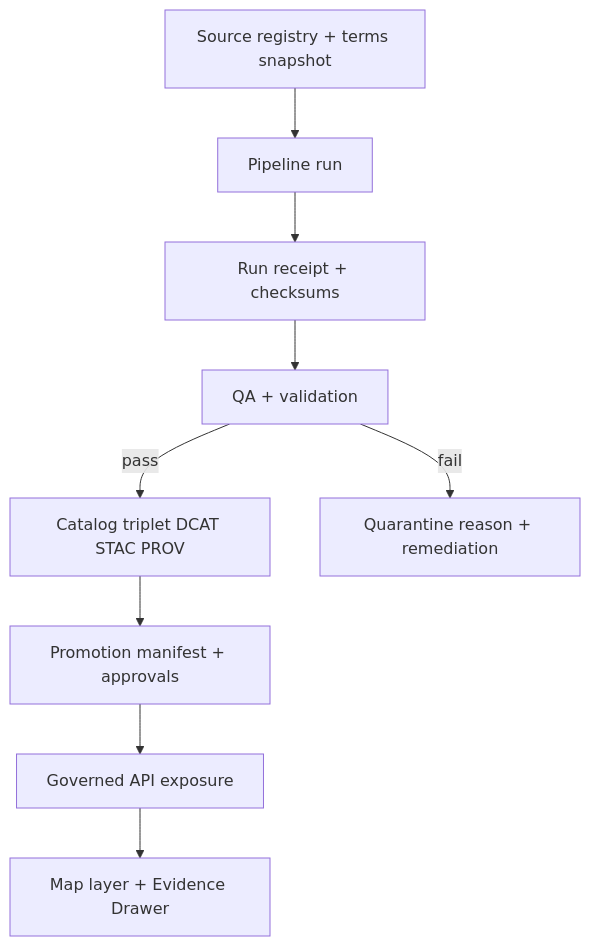
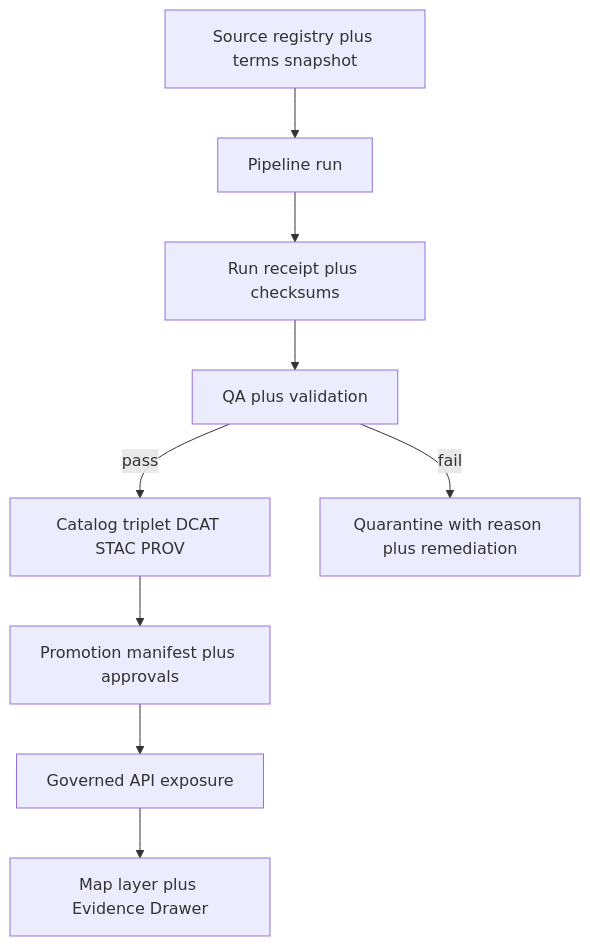
Before and after one commit to bartytime4life/Kansas-Frontier-Matrix: the second of 4 diagrams in README.md, drawn with Mermaid. The commit also changed other lines of this file, not shown here.

````diff
--- a/README.md
+++ b/README.md
@@ -300,11 +171,11 @@
 ```mermaid
 flowchart TB
-  S[Source registry + terms snapshot] --> P[Pipeline run]
-  P --> R[Run receipt + checksums]
-  R --> Q[QA + validation]
+  S[Source registry plus terms snapshot] --> P[Pipeline run]
+  P --> R[Run receipt plus checksums]
+  R --> Q[QA plus validation]
   Q -->|pass| C[Catalog triplet DCAT STAC PROV]
-  Q -->|fail| X[Quarantine reason + remediation]
-  C --> G[Promotion manifest + approvals]
+  Q -->|fail| X[Quarantine with reason plus remediation]
+  C --> G[Promotion manifest plus approvals]
   G --> U[Governed API exposure]
-  U --> M[Map layer + Evidence Drawer]
+  U --> M[Map layer plus Evidence Drawer]
 ```
````
